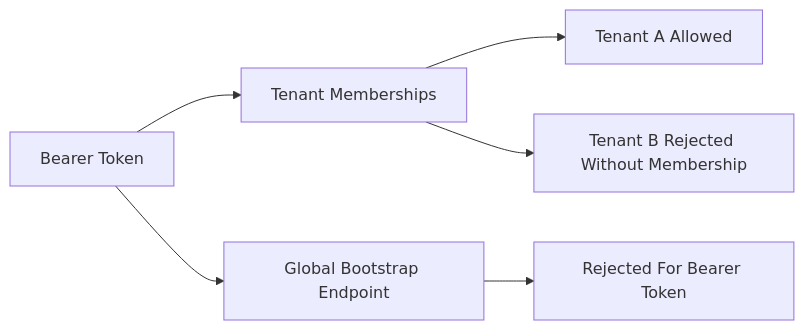
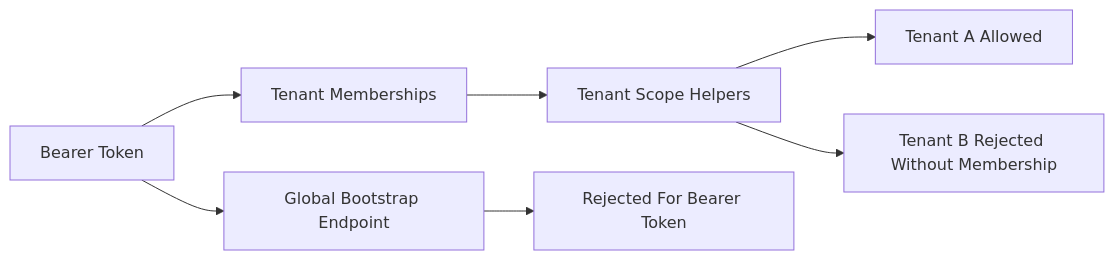
Before and after one commit to AlexGerlitz/drivedesk-core: the fourth of 8 diagrams in docs/public/ARCHITECTURE_DIAGRAMS.md, drawn with Mermaid. The commit also changed 13 other files, not shown here.

Commit message:
Add reusable tenant scope helpers

````diff
--- a/docs/public/ARCHITECTURE_DIAGRAMS.md
+++ b/docs/public/ARCHITECTURE_DIAGRAMS.md
@@ -63,8 +63,9 @@
 ```mermaid
 flowchart LR
   Bearer["Bearer Token"] --> Membership["Tenant Memberships"]
-  Membership --> TenantA["Tenant A Allowed"]
-  Membership --> TenantB["Tenant B Rejected Without Membership"]
+  Membership --> Scope["Tenant Scope Helpers"]
+  Scope --> TenantA["Tenant A Allowed"]
+  Scope --> TenantB["Tenant B Rejected Without Membership"]
   Bearer --> Bootstrap["Global Bootstrap Endpoint"]
   Bootstrap --> Rejected["Rejected For Bearer Token"]
 ```
````
